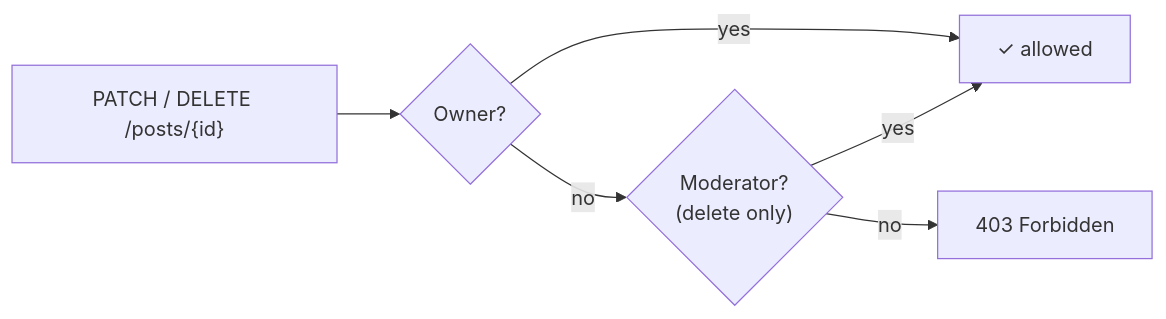
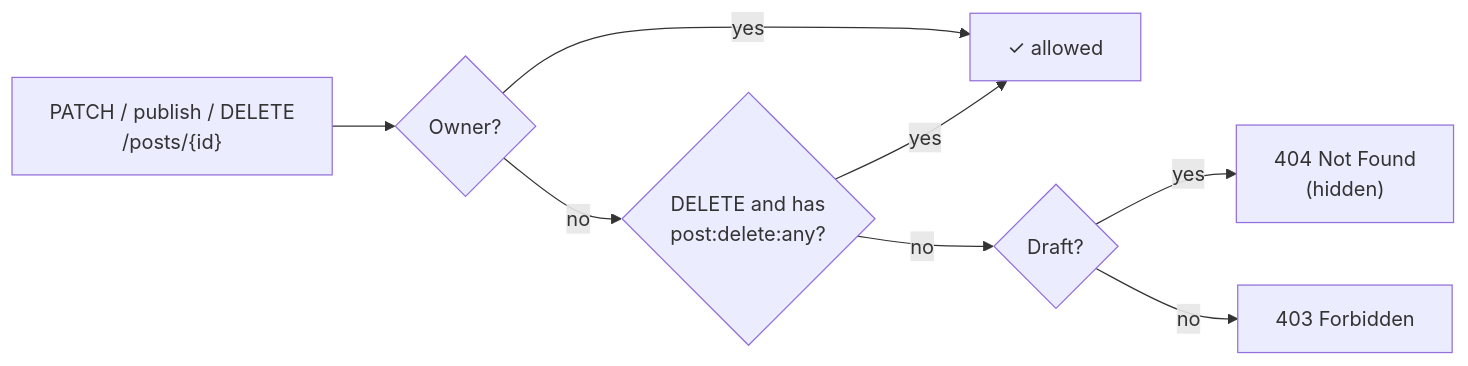
One commit to mr-laboratory/nebula changed the eighth of 13 diagrams in docs/architecture.md. Above: the diagram before and after it, drawn with Mermaid. The commit also changed other lines of this file and 4 other files, not shown here.

````diff
--- a/docs/architecture.md
+++ b/docs/architecture.md
@@ -130,8 +132,10 @@
 ```mermaid
 flowchart LR
-    Q["PATCH / DELETE /posts/{id}"] --> A{Owner?}
+    Q["PATCH / publish / DELETE<br/>/posts/{id}"] --> A{Owner?}
     A -->|yes| OK[✓ allowed]
-    A -->|no| M{"Moderator?<br/>(delete only)"}
+    A -->|no| M{"DELETE and has<br/>post:delete:any?"}
     M -->|yes| OK
-    M -->|no| F[403 Forbidden]
+    M -->|no| DR{Draft?}
+    DR -->|yes| NF["404 Not Found<br/>(hidden)"]
+    DR -->|no| F[403 Forbidden]
 ```
````
